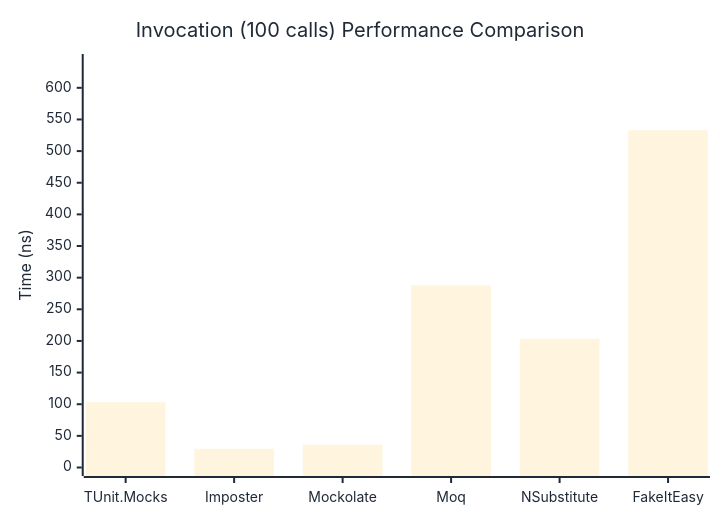
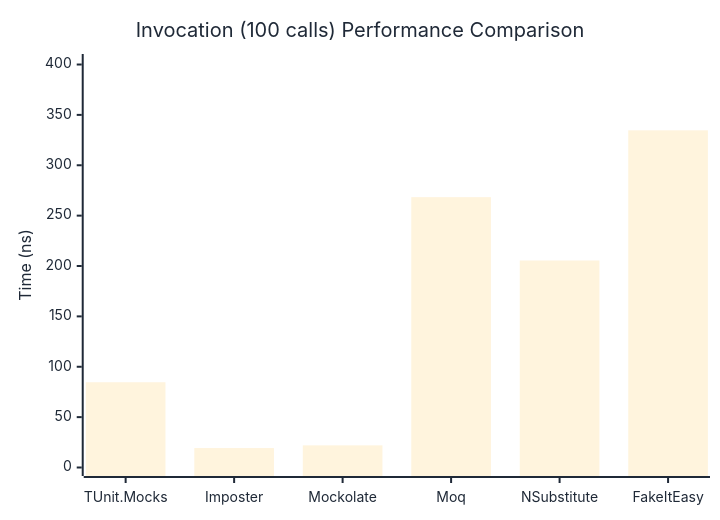
Before and after one commit to thomhurst/TUnit: the first of 3 diagrams in docs/docs/benchmarks/mocks/Invocation.md, drawn with Mermaid. The commit also changed other lines of this file and 14 other files, not shown here.

````diff
--- a/docs/docs/benchmarks/mocks/Invocation.md
+++ b/docs/docs/benchmarks/mocks/Invocation.md
@@ -32,27 +32,27 @@
 ```mermaid
 %%{init: {
   'theme':'base',
   'themeVariables': {
     'primaryColor': '#2563eb',
     'primaryTextColor': '#1f2937',
     'primaryBorderColor': '#1e40af',
     'lineColor': '#6b7280',
     'secondaryColor': '#7c3aed',
     'tertiaryColor': '#dc2626',
     'background': '#ffffff',
     'pie1': '#2563eb',
     'pie2': '#7c3aed',
     'pie3': '#dc2626',
     'pie4': '#f59e0b',
     'pie5': '#10b981',
     'pie6': '#06b6d4',
     'pie7': '#ec4899',
     'pie8': '#6366f1'
   }
 }}%%
 xychart-beta
   title "Invocation (100 calls) Performance Comparison"
   x-axis ["TUnit.Mocks", "Imposter", "Mockolate", "Moq", "NSubstitute", "FakeItEasy"]
-  y-axis "Time (ns)" 0 --> 640
-  bar [103.21, 29.6, 36.13, 288.12, 203.39, 532.94]
+  y-axis "Time (ns)" 0 --> 402
+  bar [84.63, 19.3, 21.99, 268.34, 205.47, 334.68]
 ```
````
